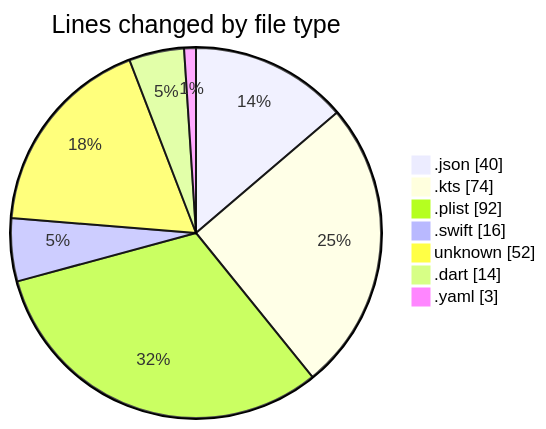
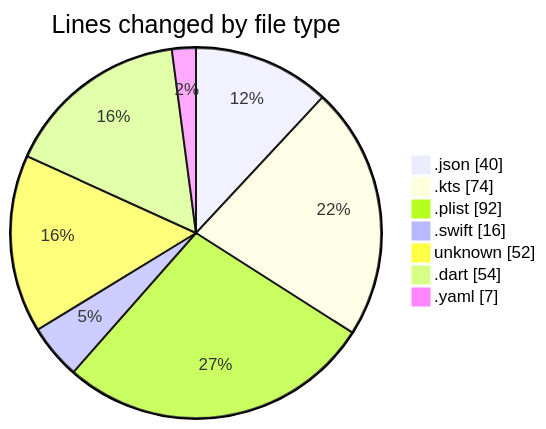
Before and after one commit to lephambinh05/code-tracking: the first of 2 diagrams in 2025-09-02/20m/README.md, drawn with Mermaid. The commit also changed other lines of this file and 1 other file, not shown here.

````diff
--- a/2025-09-02/20m/README.md
+++ b/2025-09-02/20m/README.md
@@ -30,11 +31,11 @@
 ```mermaid
 pie showData
 title Lines changed by file type
 ".json" : 40
 ".kts" : 74
 ".plist" : 92
 ".swift" : 16
 "unknown" : 52
-".dart" : 14
-".yaml" : 3
+".dart" : 54
+".yaml" : 7
 ```
````
